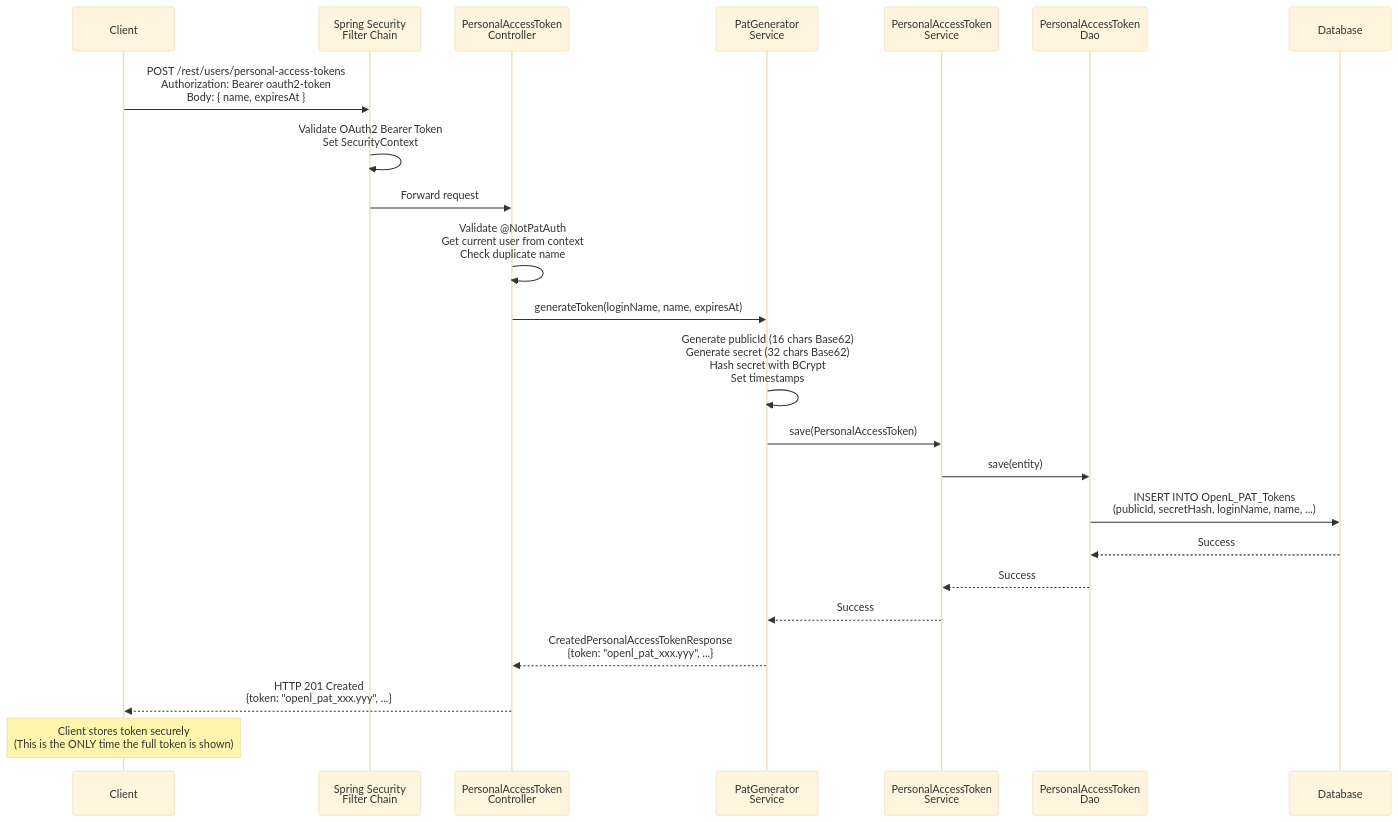
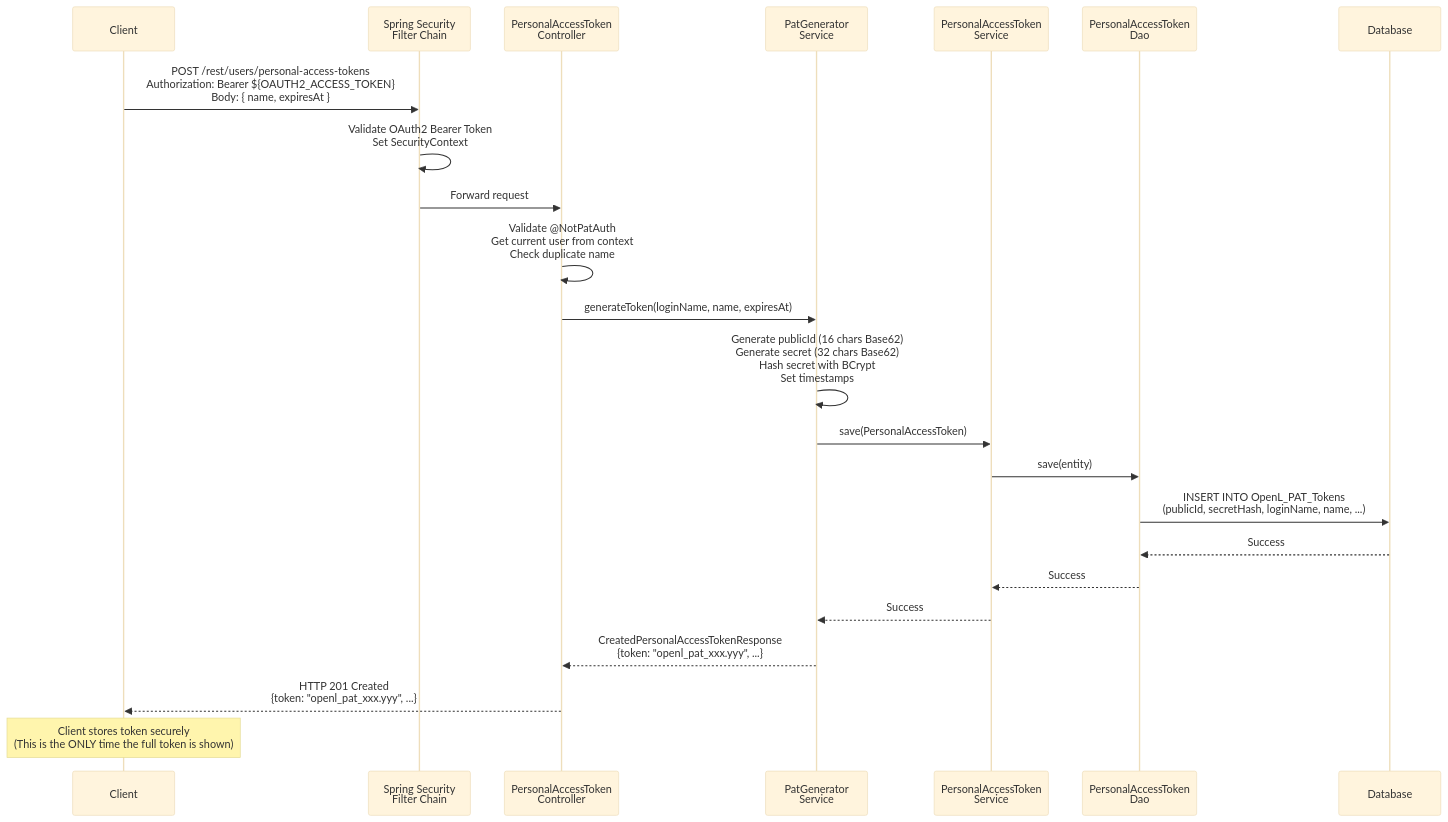
The second of 3 diagrams in Docs/api/personal-access-token-architecture.md (blitzy-public-samples/openl-tablets-01), drawn with Mermaid (base theme) before and after one commit. The commit also changed other lines of this file and 79 other files, not shown here.

````diff
--- a/Docs/api/personal-access-token-architecture.md
+++ b/Docs/api/personal-access-token-architecture.md
@@ -821,31 +823,31 @@
 ```mermaid
 sequenceDiagram
     participant Client
     participant SecurityFilter as Spring Security<br/>Filter Chain
     participant Controller as PersonalAccessToken<br/>Controller
     participant Generator as PatGenerator<br/>Service
     participant CRUDService as PersonalAccessToken<br/>Service
     participant DAO as PersonalAccessToken<br/>Dao
     participant DB as Database
 
-    Client->>SecurityFilter: POST /rest/users/personal-access-tokens<br/>Authorization: Bearer oauth2-token<br/>Body: { name, expiresAt }
+    Client->>SecurityFilter: POST /rest/users/personal-access-tokens<br/>Authorization: Bearer ${OAUTH2_ACCESS_TOKEN}<br/>Body: { name, expiresAt }
     SecurityFilter->>SecurityFilter: Validate OAuth2 Bearer Token<br/>Set SecurityContext
     SecurityFilter->>Controller: Forward request
 
     Controller->>Controller: Validate @NotPatAuth<br/>Get current user from context<br/>Check duplicate name
     Controller->>Generator: generateToken(loginName, name, expiresAt)
 
     Generator->>Generator: Generate publicId (16 chars Base62)<br/>Generate secret (32 chars Base62)<br/>Hash secret with BCrypt<br/>Set timestamps
 
     Generator->>CRUDService: save(PersonalAccessToken)
     CRUDService->>DAO: save(entity)
     DAO->>DB: INSERT INTO OpenL_PAT_Tokens<br/>(publicId, secretHash, loginName, name, ...)
     DB-->>DAO: Success
     DAO-->>CRUDService: Success
     CRUDService-->>Generator: Success
 
     Generator-->>Controller: CreatedPersonalAccessTokenResponse<br/>{token: "openl_pat_xxx.yyy", ...}
     Controller-->>Client: HTTP 201 Created<br/>{token: "openl_pat_xxx.yyy", ...}
 
     Note over Client: Client stores token securely<br/>(This is the ONLY time the full token is shown)
 ```
````
